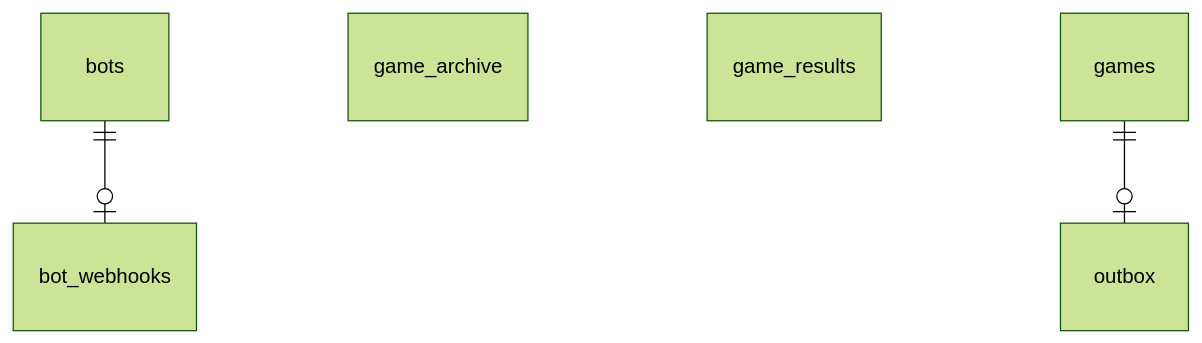
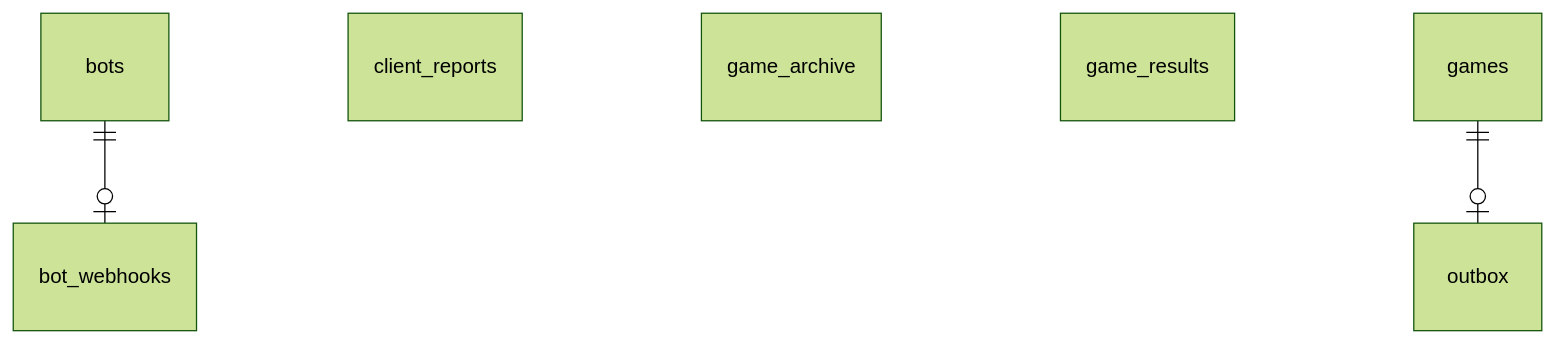
One commit to rabestro/dicechess-play-api changed the diagram in contributor-docs/src/content/docs/reference/schema.md. Above: the diagram before and after it, drawn with Mermaid (forest theme). The commit also changed other lines of this file and 14 other files, not shown here.

````diff
--- a/contributor-docs/src/content/docs/reference/schema.md
+++ b/contributor-docs/src/content/docs/reference/schema.md
@@ -26,11 +26,12 @@
 ```mermaid
 erDiagram
     bot_webhooks
     bots
+    client_reports
     game_archive
     game_results
     games
     outbox
     bots ||--o| bot_webhooks : ""
     games ||--o| outbox : ""
 ```
````
